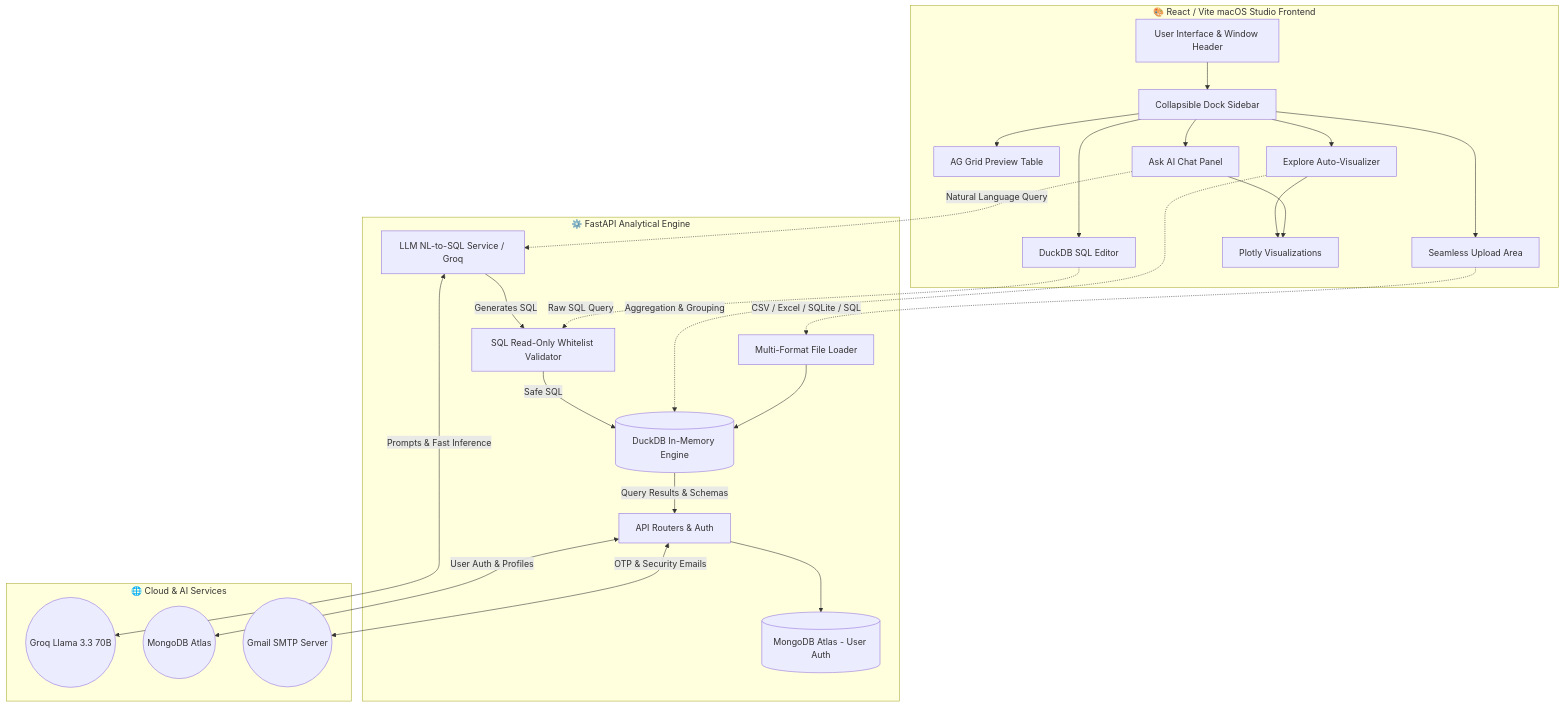
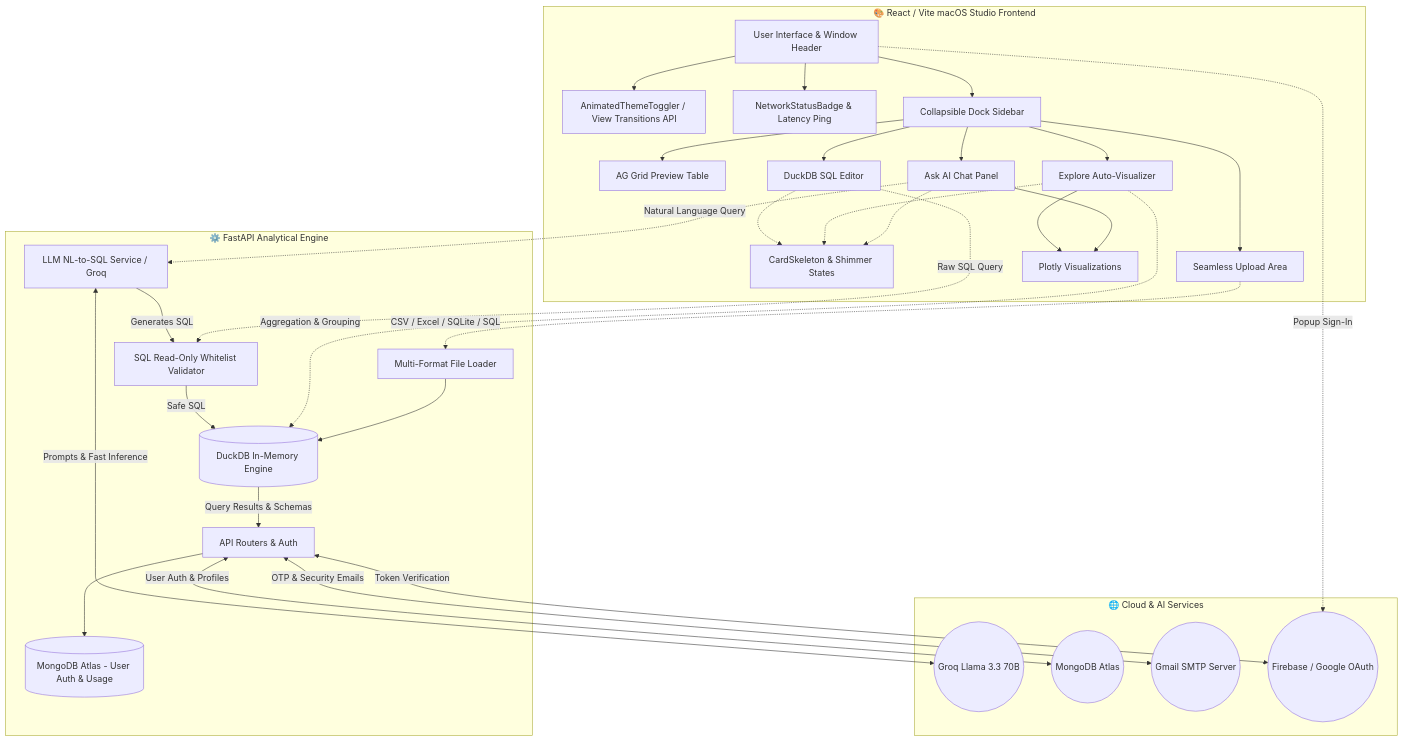
The diagram in ARCHITECTURE.md (pratikadamas/Ai-Data-Analysis), drawn with Mermaid before and after one commit. The commit also changed other lines of this file and 21 other files, not shown here.

Commit message:
feat: add animated view-transition theme switcher, network loading skeletons, and update documentation

````diff
--- a/ARCHITECTURE.md
+++ b/ARCHITECTURE.md
@@ -21,52 +21,63 @@
 ```mermaid
 graph TD
     subgraph Frontend [🎨 React / Vite macOS Studio Frontend]
         UI[User Interface & Window Header]
+        ThemeToggle[AnimatedThemeToggler / View Transitions API]
+        NetBadge[NetworkStatusBadge & Latency Ping]
+        Skeletons[CardSkeleton & Shimmer States]
         Sidebar[Collapsible Dock Sidebar]
         Upload[Seamless Upload Area]
         Preview[AG Grid Preview Table]
         Chat[Ask AI Chat Panel]
         Explore[Explore Auto-Visualizer]
         SQLEditor[DuckDB SQL Editor]
         Charts[Plotly Visualizations]
         
+        UI --> ThemeToggle
+        UI --> NetBadge
         UI --> Sidebar
         Sidebar --> Upload
         Sidebar --> Preview
         Sidebar --> Chat
         Sidebar --> Explore
         Sidebar --> SQLEditor
         Chat --> Charts
         Explore --> Charts
+        Chat -.-> Skeletons
+        Explore -.-> Skeletons
+        SQLEditor -.-> Skeletons
     end
 
     subgraph Backend [⚙️ FastAPI Analytical Engine]
         API[API Routers & Auth]
         FileLoader[Multi-Format File Loader]
         LLM[LLM NL-to-SQL Service / Groq]
         SQLValid[SQL Read-Only Whitelist Validator]
         DuckDB[(DuckDB In-Memory Engine)]
-        MongoDB[(MongoDB Atlas - User Auth)]
+        MongoDB[(MongoDB Atlas - User Auth & Usage)]
         
         Upload -.->|CSV / Excel / SQLite / SQL| FileLoader
         FileLoader --> DuckDB
         Chat -.->|Natural Language Query| LLM
         Explore -.->|Aggregation & Grouping| DuckDB
         SQLEditor -.->|Raw SQL Query| SQLValid
         
         API --> MongoDB
         LLM -->|Generates SQL| SQLValid
         SQLValid -->|Safe SQL| DuckDB
         DuckDB -->|Query Results & Schemas| API
     end
 
     subgraph External [🌐 Cloud & AI Services]
         GroqCloud((Groq Llama 3.3 70B))
         MongoCloud((MongoDB Atlas))
         SMTPServer((Gmail SMTP Server))
+        FirebaseAuth((Firebase / Google OAuth))
     end
 
     LLM <-->|Prompts & Fast Inference| GroqCloud
     API <-->|User Auth & Profiles| MongoCloud
     API <-->|OTP & Security Emails| SMTPServer
+    API <-->|Token Verification| FirebaseAuth
+    UI -.->|Popup Sign-In| FirebaseAuth
 ```
````
